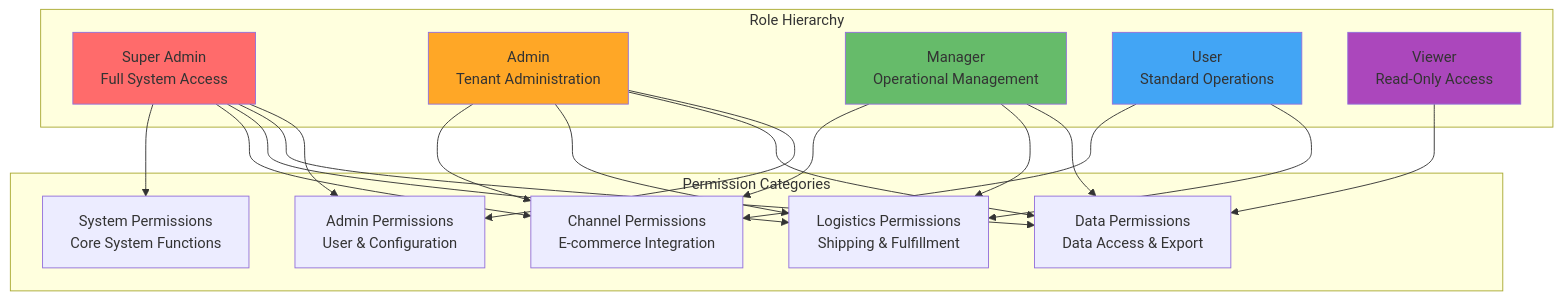
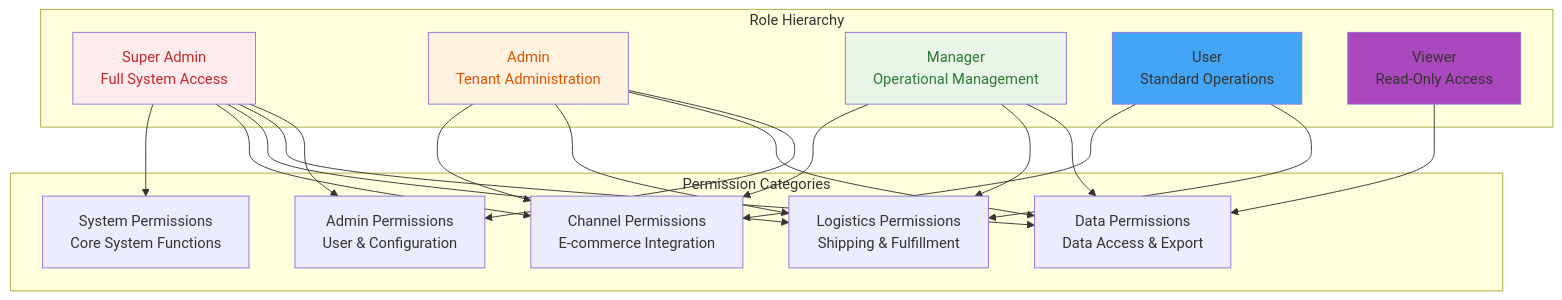
Diagram 35 of 44 in README.md (sandeepkumar0801/Digihub), drawn with Mermaid before and after one commit. The commit also changed other lines of this file, not shown here.

Commit message:
fix color in diagrams

````diff
--- a/README.md
+++ b/README.md
@@ -5151,44 +5151,44 @@
 ```mermaid
 graph TD
     subgraph "Role Hierarchy"
         A[Super Admin<br/>Full System Access]
         B[Admin<br/>Tenant Administration]
         C[Manager<br/>Operational Management]
         D[User<br/>Standard Operations]
         E[Viewer<br/>Read-Only Access]
     end
 
     subgraph "Permission Categories"
         F[System Permissions<br/>Core System Functions]
         G[Channel Permissions<br/>E-commerce Integration]
         H[Logistics Permissions<br/>Shipping & Fulfillment]
         I[Data Permissions<br/>Data Access & Export]
         J[Admin Permissions<br/>User & Configuration]
     end
 
     A --> F
     A --> G
     A --> H
     A --> I
     A --> J
 
     B --> G
     B --> H
     B --> I
     B --> J
 
     C --> G
     C --> H
     C --> I
 
     D --> G
     D --> H
 
     E --> I
 
-    style A fill:#ff6b6b
-    style B fill:#ffa726
-    style C fill:#66bb6a
+    style A fill:#ffebee,color:#c62828
+    style B fill:#fff3e0,color:#e65100
+    style C fill:#e8f5e8,color:#2e7d32
     style D fill:#42a5f5
     style E fill:#ab47bc
 ```
````
